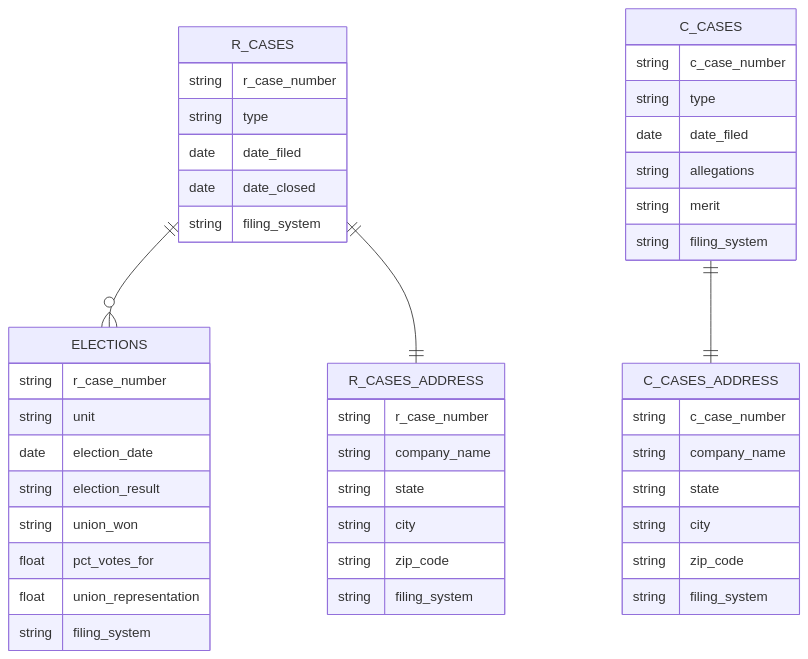
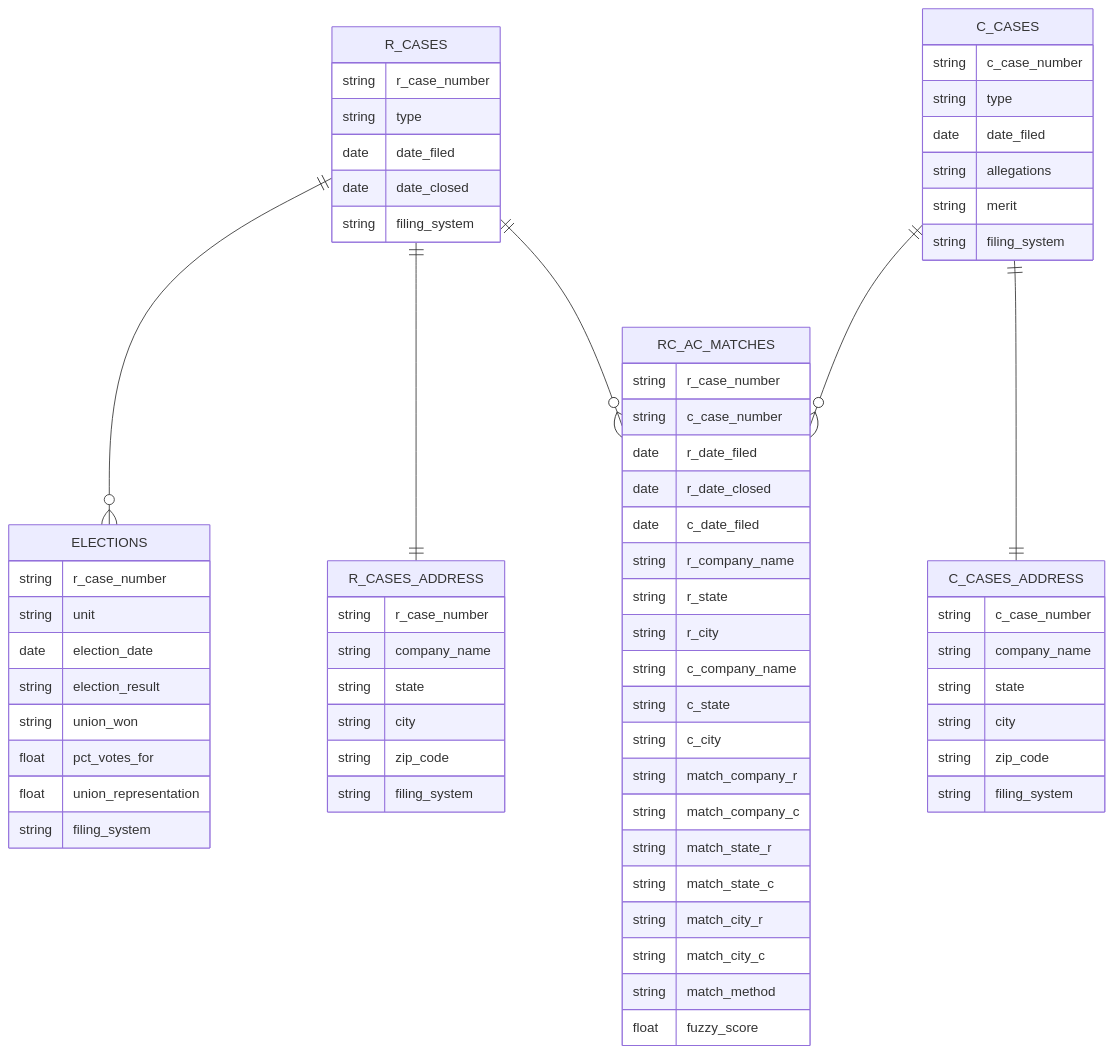
The diagram in nlrb_schema_diagram.md (tom-baz/nlrb-matching-cases), drawn with Mermaid before and after one commit. The commit also changed other lines of this file and 32 other files, not shown here.

````diff
--- a/nlrb_schema_diagram.md
+++ b/nlrb_schema_diagram.md
@@ -7,52 +7,76 @@
 ```mermaid
 erDiagram
     R_CASES ||--o{ ELECTIONS : ""
     R_CASES ||--|| R_CASES_ADDRESS : ""
     C_CASES ||--|| C_CASES_ADDRESS : ""
+    R_CASES ||--o{ RC_AC_MATCHES : ""
+    C_CASES ||--o{ RC_AC_MATCHES : ""
     
     R_CASES {
         string r_case_number
         string type
         date date_filed
         date date_closed
         string filing_system
     }
     
     R_CASES_ADDRESS {
         string r_case_number
         string company_name
         string state
         string city
         string zip_code
         string filing_system
     }
     
     ELECTIONS {
         string r_case_number
         string unit
         date election_date
         string election_result
         string union_won
         float pct_votes_for
         float union_representation
         string filing_system
     }
     
     C_CASES {
         string c_case_number
         string type
         date date_filed
         string allegations
         string merit
         string filing_system
     }
     
     C_CASES_ADDRESS {
         string c_case_number
         string company_name
         string state
         string city
         string zip_code
         string filing_system
     }
+
+    RC_AC_MATCHES {
+        string r_case_number
+        string c_case_number
+        date r_date_filed
+        date r_date_closed
+        date c_date_filed
+        string r_company_name
+        string r_state
+        string r_city
+        string c_company_name
+        string c_state
+        string c_city
+        string match_company_r
+        string match_company_c
+        string match_state_r
+        string match_state_c
+        string match_city_r
+        string match_city_c
+        string match_method
+        float fuzzy_score
+    }
 ```
````
